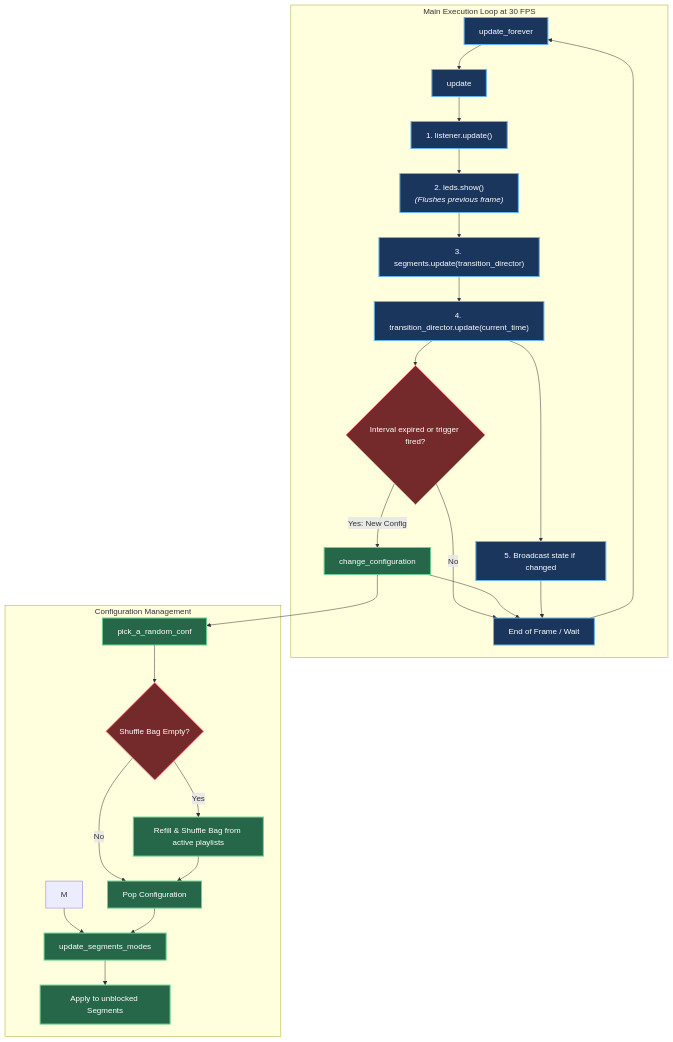
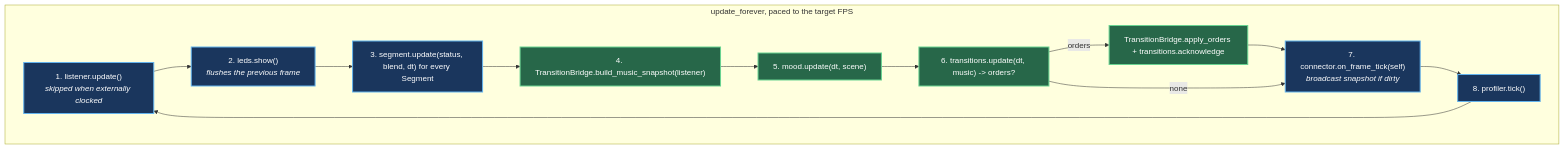
The second of 3 diagrams in core/precisions/mode_master.md (LucRobey/vialactee), drawn with Mermaid before and after one commit. The commit also changed other lines of this file and 61 other files, not shown here.

Commit message:
refactor(core,transitions,web): 4-scene migration, staggered auto-transitions, and full configuration/playlist removal

````diff
--- a/core/precisions/mode_master.md
+++ b/core/precisions/mode_master.md
@@ -29,53 +30,22 @@
 ```mermaid
 graph TD
     classDef loop fill:#1a365d,stroke:#63b3ed,stroke-width:2px,color:#fff;
-    classDef decision fill:#742a2a,stroke:#fc8181,stroke-width:2px,color:#fff;
-    classDef action fill:#276749,stroke:#68d391,stroke-width:2px,color:#fff;
+    classDef sector fill:#276749,stroke:#68d391,stroke-width:2px,color:#fff;
 
-    subgraph main_loop [Main Execution Loop at 30 FPS]
-        F[update_forever]:::loop
-        G[update]:::loop
-        H["1. listener.update()"]:::loop
-        I["2. leds.show() <br/><i>(Flushes previous frame)</i>"]:::loop
-        J["3. segments.update(transition_director)"]:::loop
-        K["4. transition_director.update(current_time)"]:::loop
-        BCAST["5. Broadcast state if changed"]:::loop
-        L{"Interval expired or trigger fired?"}:::decision
-        N[change_configuration]:::action
-        P[End of Frame / Wait]:::loop
-        
-        F --> G
-        G --> H
-        H --> I
-        I --> J
-        J --> K
-        K --> L
-        K --> BCAST
-        
-        L -->|Yes: New Config| N
-        L -->|No| P
-        
-        N --> P
-        BCAST --> P
-        P --> F
-    end
+    subgraph main_loop [update_forever, paced to the target FPS]
+        L1["1. listener.update()<br/><i>skipped when externally clocked</i>"]:::loop
+        L2["2. leds.show()<br/><i>flushes the previous frame</i>"]:::loop
+        L3["3. segment.update(status, blend, dt) for every Segment"]:::loop
+        L4["4. TransitionBridge.build_music_snapshot(listener)"]:::sector
+        L5["5. mood.update(dt, scene)"]:::sector
+        L6["6. transitions.update(dt, music) -> orders?"]:::sector
+        L7["TransitionBridge.apply_orders + transitions.acknowledge"]:::sector
+        L8["7. connector.on_frame_tick(self)<br/><i>broadcast snapshot if dirty</i>"]:::loop
+        L9["8. profiler.tick()"]:::loop
 
-    subgraph config_management [Configuration Management]
-        Q[pick_a_random_conf]:::action
-        R{"Shuffle Bag Empty?"}:::decision
-        S["Refill & Shuffle Bag from active playlists"]:::action
-        T[Pop Configuration]:::action
-        U[update_segments_modes]:::action
-        V[Apply to unblocked Segments]:::action
-        
-        N --> Q
-        M --> U
-        
-        Q --> R
-        R -->|Yes| S
-        R -->|No| T
-        S --> T
-        T --> U
-        U --> V
+        L1 --> L2 --> L3 --> L4 --> L5 --> L6
+        L6 -->|orders| L7 --> L8
+        L6 -->|none| L8
+        L8 --> L9 --> L1
     end
 ```
````
